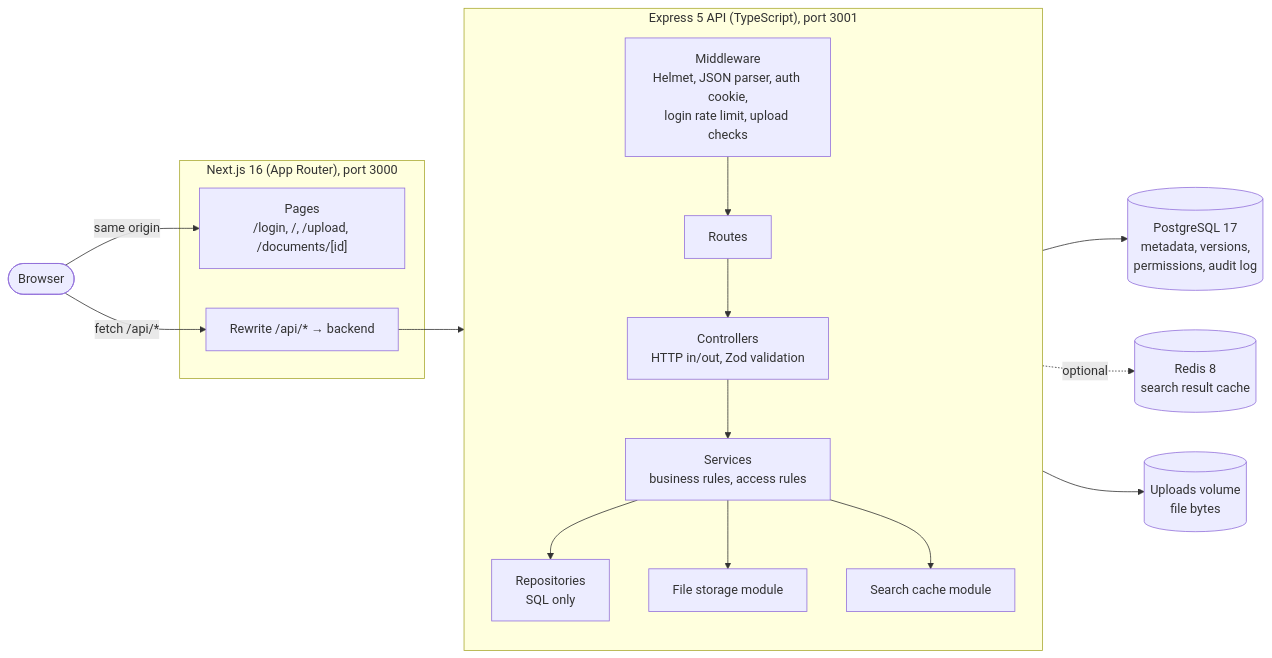
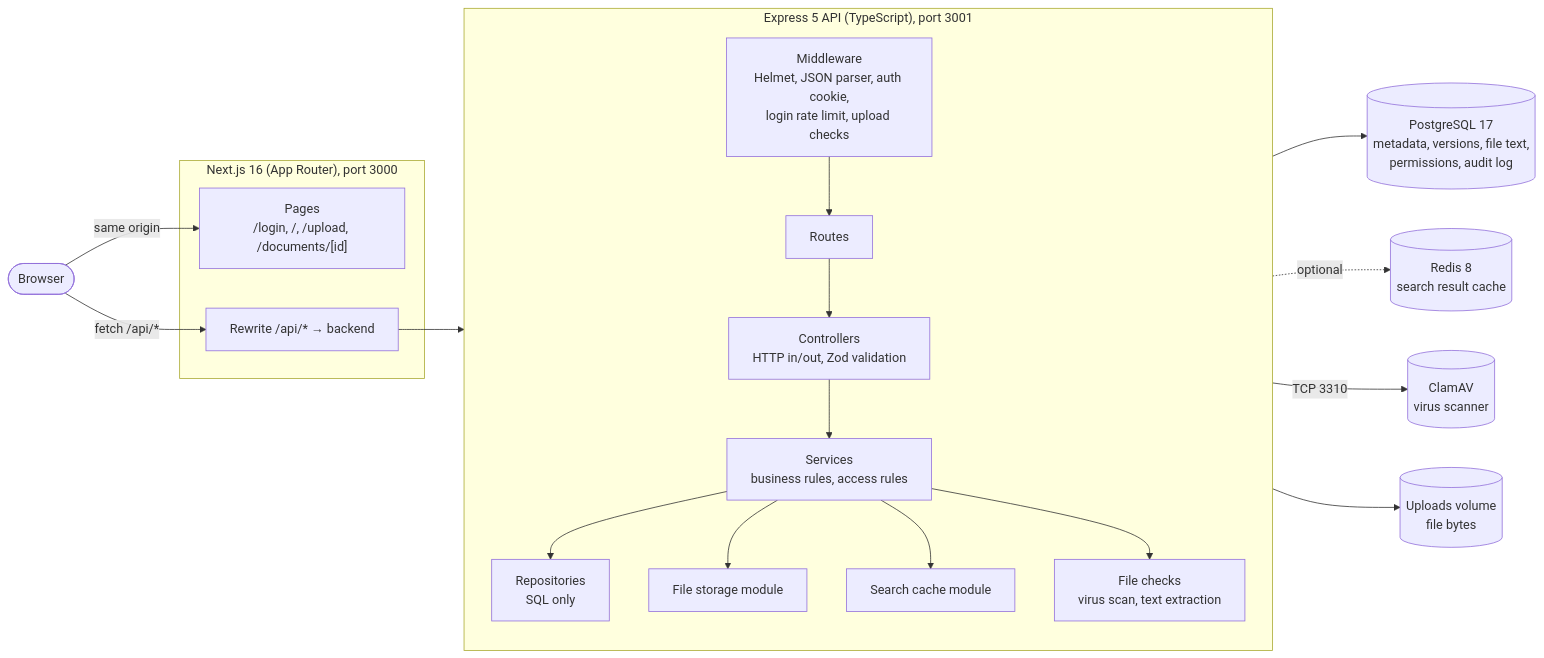
The first of 4 diagrams in docs/architecture.md (IbrahiimHassan/Document-Management-System), drawn with Mermaid before and after one commit. The commit also changed other lines of this file and 55 other files, not shown here.

````diff
--- a/docs/architecture.md
+++ b/docs/architecture.md
@@ -7,31 +7,34 @@
 ```mermaid
 flowchart LR
     user([Browser])
 
     subgraph web["Next.js 16 (App Router), port 3000"]
         pages["Pages<br/>/login, /, /upload, /documents/[id]"]
         rewrite["Rewrite /api/* → backend"]
     end
 
     subgraph api["Express 5 API (TypeScript), port 3001"]
         direction TB
         mw["Middleware<br/>Helmet, JSON parser, auth cookie,<br/>login rate limit, upload checks"]
         routes["Routes"] --> controllers["Controllers<br/>HTTP in/out, Zod validation"]
         controllers --> services["Services<br/>business rules, access rules"]
         services --> repos["Repositories<br/>SQL only"]
         services --> storage["File storage module"]
         services --> cachemod["Search cache module"]
+        services --> filesmod["File checks<br/>virus scan, text extraction"]
         mw --> routes
     end
 
-    pg[("PostgreSQL 17<br/>metadata, versions,<br/>permissions, audit log")]
+    pg[("PostgreSQL 17<br/>metadata, versions, file text,<br/>permissions, audit log")]
     redis[("Redis 8<br/>search result cache")]
     files[("Uploads volume<br/>file bytes")]
+    clam[("ClamAV<br/>virus scanner")]
 
     user -- "same origin" --> pages
     user -- "fetch /api/*" --> rewrite
     rewrite --> mw
     repos --> pg
     cachemod -.->|optional| redis
+    filesmod -->|TCP 3310| clam
     storage --> files
 ```
````
